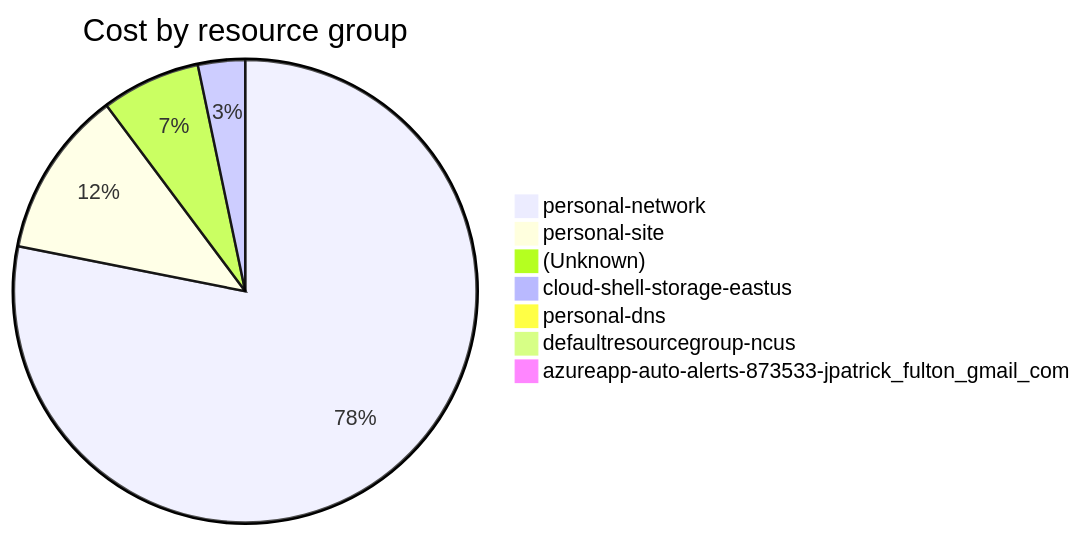
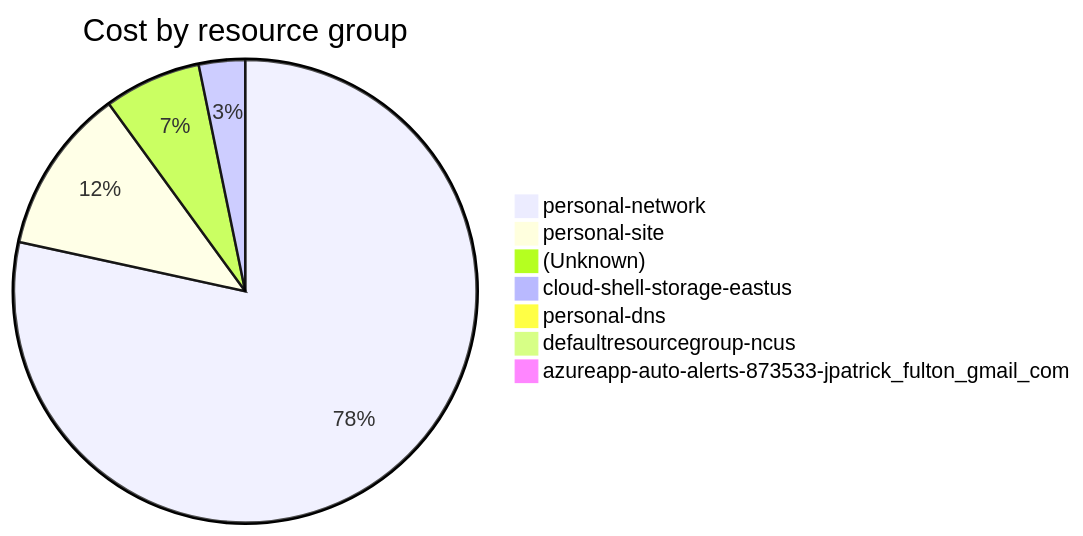
One commit to jpfulton/azure-personal-reports changed the fourth of 4 diagrams in cost-reports/accumulated-cost.md. Above: the diagram before and after it, drawn with Mermaid. The commit also changed other lines of this file and 3 other files, not shown here.

````diff
--- a/cost-reports/accumulated-cost.md
+++ b/cost-reports/accumulated-cost.md
@@ -159,11 +159,11 @@
 ```mermaid
 pie
    title Cost by resource group
-   "personal-network" : 131.49
-   "personal-site" : 19.67
-   "(Unknown)" : 11.63
-   "cloud-shell-storage-eastus" : 5.54
-   "personal-dns" : 0.49
+   "personal-network" : 134.70
+   "personal-site" : 19.87
+   "(Unknown)" : 11.65
+   "cloud-shell-storage-eastus" : 5.55
+   "personal-dns" : 0.50
    "defaultresourcegroup-ncus" : 0.00
    "azureapp-auto-alerts-873533-jpatrick_fulton_gmail_com" : 0.00
 ```
````
